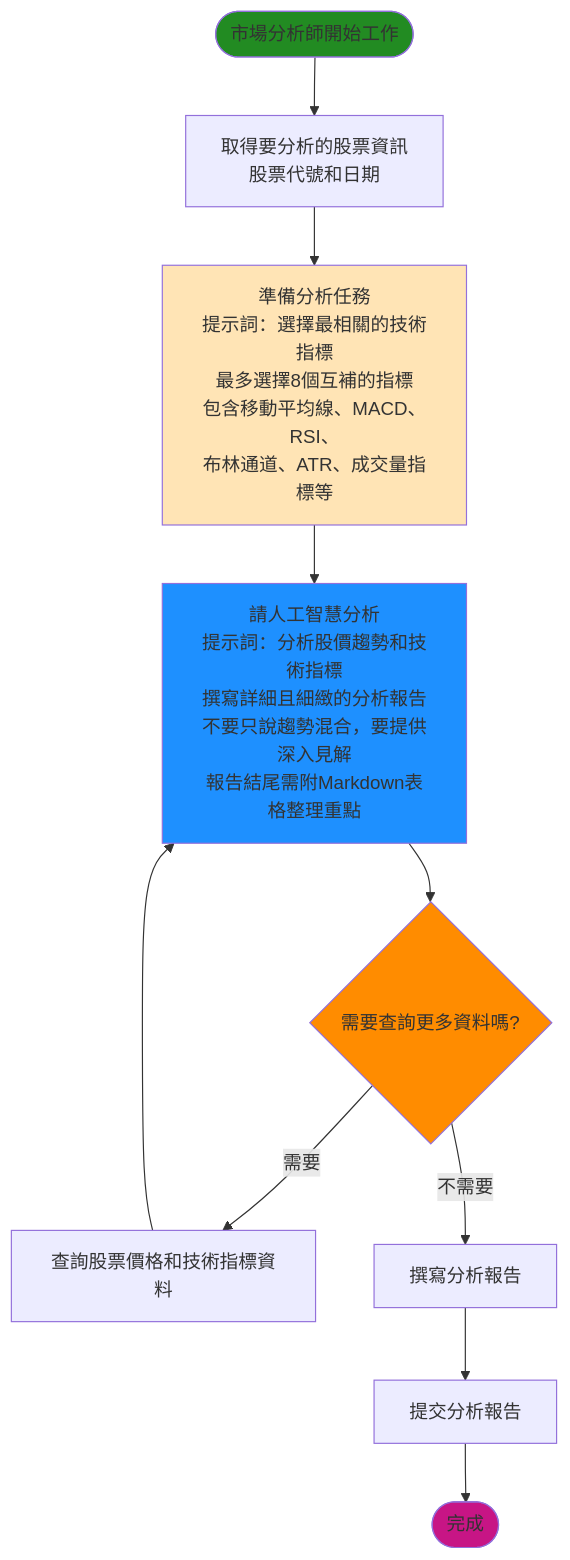
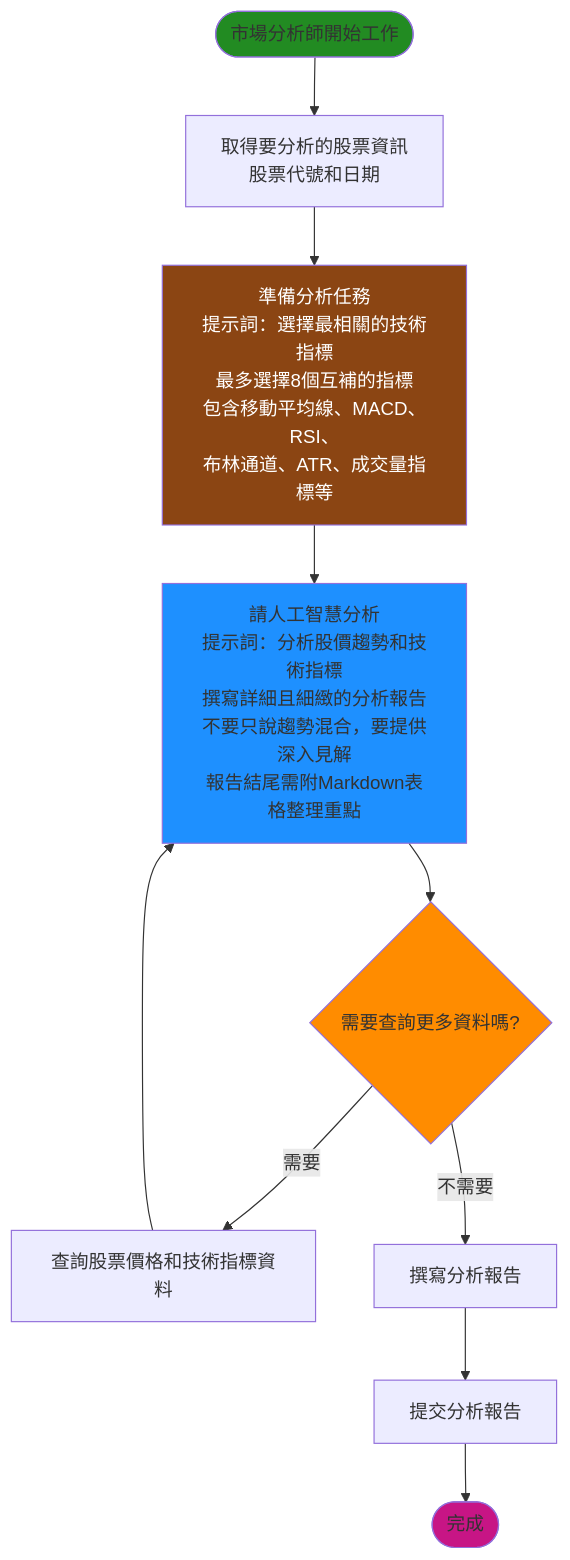
The fourth of 9 diagrams in 流程圖_簡化.md (chitienshih-wq/Git_Test), drawn with Mermaid before and after one commit. The commit also changed other lines of this file, not shown here.

````diff
--- a/流程圖_簡化.md
+++ b/流程圖_簡化.md
@@ -104,24 +104,24 @@
 ```mermaid
 flowchart TD
     Start([市場分析師開始工作]) --> GetInfo[取得要分析的股票資訊<br/>股票代號和日期]
     
     GetInfo --> PrepareTask[準備分析任務<br/>提示詞：選擇最相關的技術指標<br/>最多選擇8個互補的指標<br/>包含移動平均線、MACD、RSI、<br/>布林通道、ATR、成交量指標等]
     
     PrepareTask --> AskAI[請人工智慧分析<br/>提示詞：分析股價趨勢和技術指標<br/>撰寫詳細且細緻的分析報告<br/>不要只說趨勢混合，要提供深入見解<br/>報告結尾需附Markdown表格整理重點]
     
     AskAI --> CheckNeedData{需要查詢更多資料嗎?}
     
     CheckNeedData -->|需要| QueryData[查詢股票價格和技術指標資料]
     CheckNeedData -->|不需要| WriteReport[撰寫分析報告]
     
     QueryData --> AskAI
     
     WriteReport --> Return[提交分析報告]
     Return --> End([完成])
     
     style Start fill:#228B22
     style End fill:#C71585
     style CheckNeedData fill:#FF8C00
     style AskAI fill:#1E90FF
-    style PrepareTask fill:#FFE4B5
+    style PrepareTask fill:#8B4513,color:#FFFFFF
 ```
````
